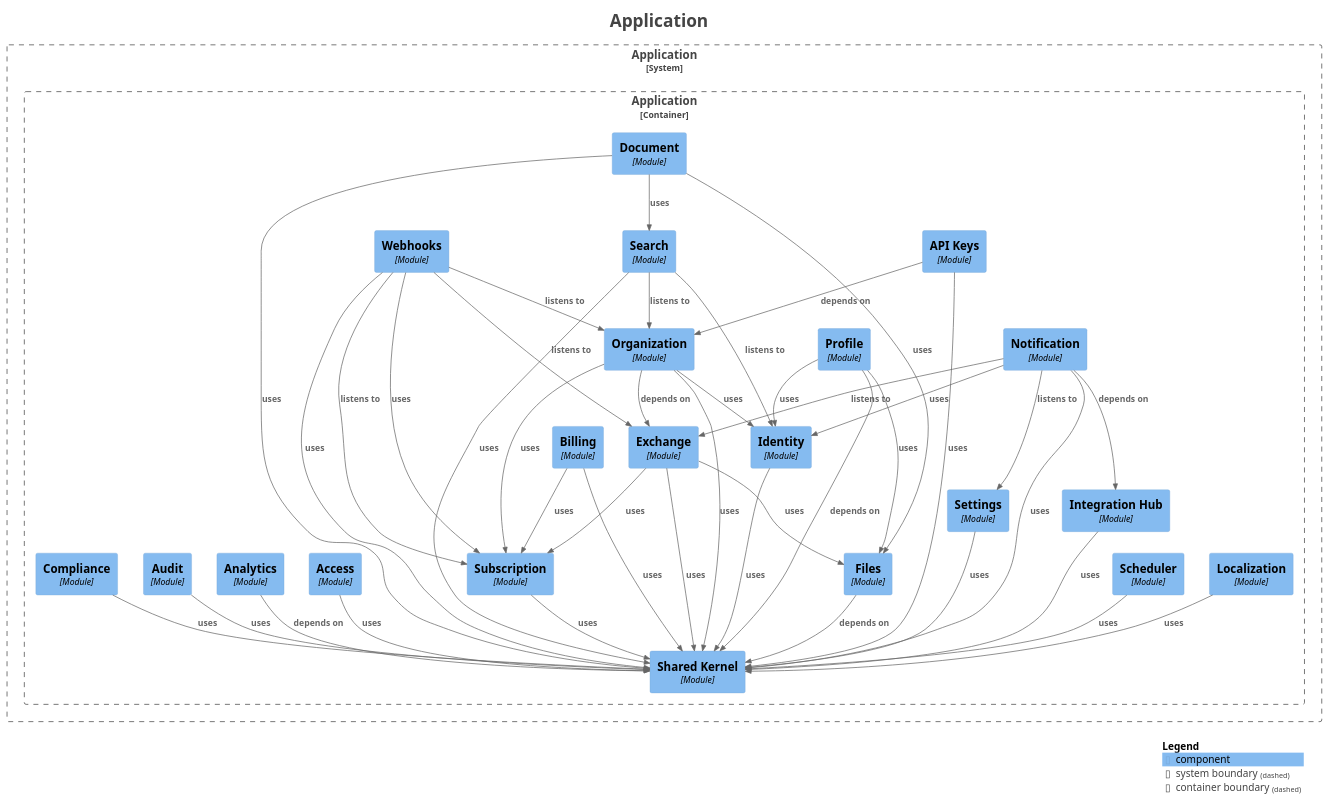
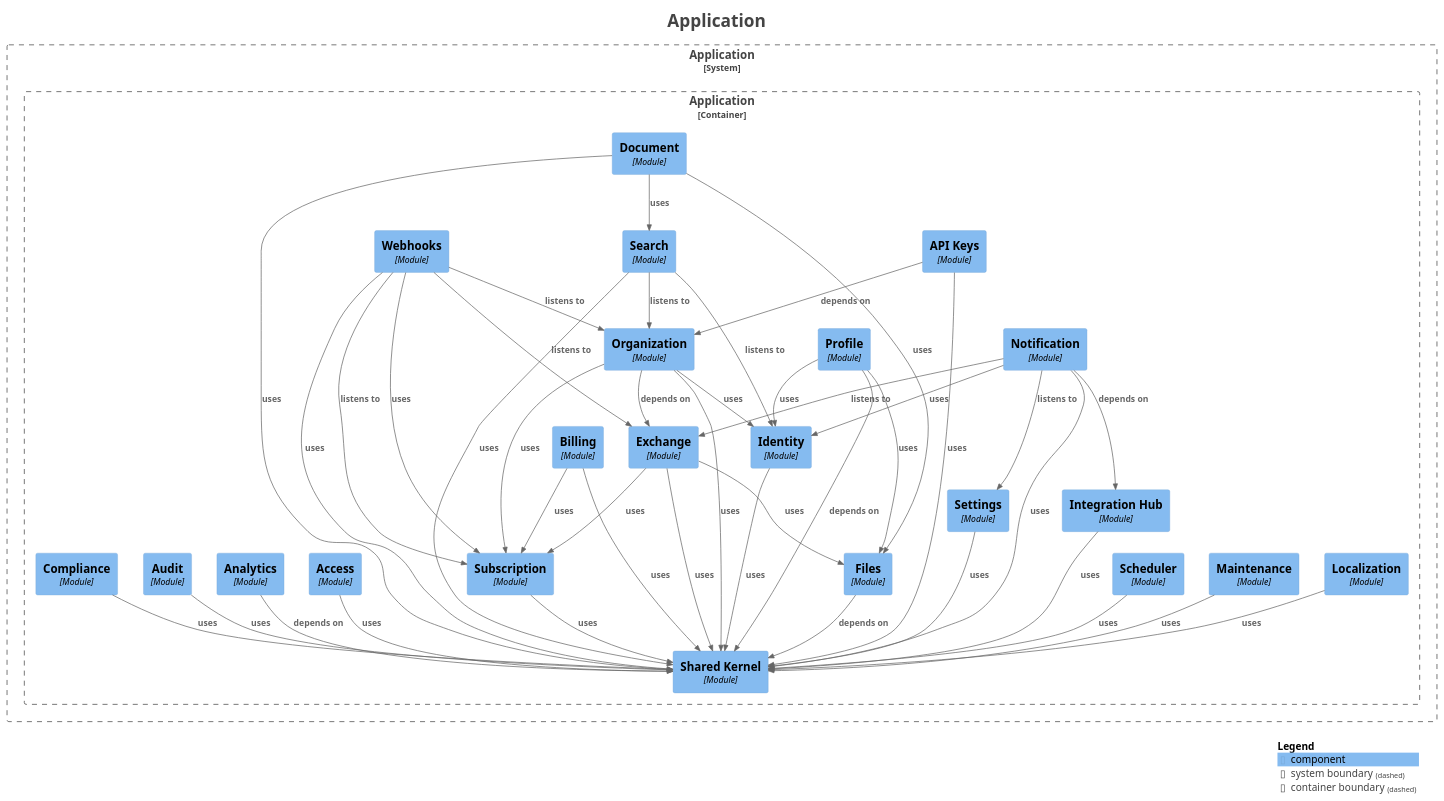
Before and after one commit to Paul-Ayesiga/enterprise-modulith-template: the diagram in docs/modulith/components.puml, drawn with PlantUML. The commit also changed 45 other files, not shown here.

```diff
--- a/docs/modulith/components.puml
+++ b/docs/modulith/components.puml
@@ -1,89 +1,91 @@
 @startuml
 title <size:24>Application</size>
 
 set separator none
 top to bottom direction
 
 <style>
   root {
     BackgroundColor: #ffffff
     FontColor: #444444
   }
 </style>
 
 !include <C4/C4>
 !include <C4/C4_Context>
 !include <C4/C4_Component>
 
 System_Boundary("Application_boundary", "Application", $tags="") {
   Container_Boundary("Application.Application_boundary", "Application", $tags="") {
     Component(Application.Application.IntegrationHub, "Integration Hub", $techn="Module", $descr="", $tags="", $link="")
     Component(Application.Application.Localization, "Localization", $techn="Module", $descr="", $tags="", $link="")
+    Component(Application.Application.Maintenance, "Maintenance", $techn="Module", $descr="", $tags="", $link="")
     Component(Application.Application.Scheduler, "Scheduler", $techn="Module", $descr="", $tags="", $link="")
     Component(Application.Application.Settings, "Settings", $techn="Module", $descr="", $tags="", $link="")
     Component(Application.Application.Subscription, "Subscription", $techn="Module", $descr="", $tags="", $link="")
     Component(Application.Application.Billing, "Billing", $techn="Module", $descr="", $tags="", $link="")
     Component(Application.Application.Exchange, "Exchange", $techn="Module", $descr="", $tags="", $link="")
     Component(Application.Application.Profile, "Profile", $techn="Module", $descr="", $tags="", $link="")
     Component(Application.Application.Notification, "Notification", $techn="Module", $descr="", $tags="", $link="")
     Component(Application.Application.Organization, "Organization", $techn="Module", $descr="", $tags="", $link="")
     Component(Application.Application.APIKeys, "API Keys", $techn="Module", $descr="", $tags="", $link="")
     Component(Application.Application.Search, "Search", $techn="Module", $descr="", $tags="", $link="")
     Component(Application.Application.Webhooks, "Webhooks", $techn="Module", $descr="", $tags="", $link="")
     Component(Application.Application.Document, "Document", $techn="Module", $descr="", $tags="", $link="")
     Component(Application.Application.SharedKernel, "Shared Kernel", $techn="Module", $descr="", $tags="", $link="")
     Component(Application.Application.Access, "Access", $techn="Module", $descr="", $tags="", $link="")
     Component(Application.Application.Analytics, "Analytics", $techn="Module", $descr="", $tags="", $link="")
     Component(Application.Application.Audit, "Audit", $techn="Module", $descr="", $tags="", $link="")
     Component(Application.Application.Compliance, "Compliance", $techn="Module", $descr="", $tags="", $link="")
     Component(Application.Application.Files, "Files", $techn="Module", $descr="", $tags="", $link="")
     Component(Application.Application.Identity, "Identity", $techn="Module", $descr="", $tags="", $link="")
   }
 
 }
 
+Rel(Application.Application.Compliance, Application.Application.SharedKernel, "uses", $techn="", $tags="", $link="")
+Rel(Application.Application.Maintenance, Application.Application.SharedKernel, "uses", $techn="", $tags="", $link="")
+Rel(Application.Application.Access, Application.Application.SharedKernel, "uses", $techn="", $tags="", $link="")
+Rel(Application.Application.Analytics, Application.Application.SharedKernel, "depends on", $techn="", $tags="", $link="")
+Rel(Application.Application.Document, Application.Application.Files, "uses", $techn="", $tags="", $link="")
+Rel(Application.Application.Document, Application.Application.Search, "uses", $techn="", $tags="", $link="")
+Rel(Application.Application.Document, Application.Application.SharedKernel, "uses", $techn="", $tags="", $link="")
+Rel(Application.Application.Audit, Application.Application.SharedKernel, "uses", $techn="", $tags="", $link="")
+Rel(Application.Application.Exchange, Application.Application.Files, "uses", $techn="", $tags="", $link="")
+Rel(Application.Application.Exchange, Application.Application.SharedKernel, "uses", $techn="", $tags="", $link="")
+Rel(Application.Application.Exchange, Application.Application.Subscription, "uses", $techn="", $tags="", $link="")
+Rel(Application.Application.Notification, Application.Application.Exchange, "listens to", $techn="", $tags="", $link="")
+Rel(Application.Application.Notification, Application.Application.Settings, "listens to", $techn="", $tags="", $link="")
+Rel(Application.Application.Notification, Application.Application.IntegrationHub, "depends on", $techn="", $tags="", $link="")
+Rel(Application.Application.Notification, Application.Application.SharedKernel, "uses", $techn="", $tags="", $link="")
+Rel(Application.Application.Notification, Application.Application.Identity, "uses", $techn="", $tags="", $link="")
+Rel(Application.Application.Settings, Application.Application.SharedKernel, "uses", $techn="", $tags="", $link="")
+Rel(Application.Application.Webhooks, Application.Application.Exchange, "listens to", $techn="", $tags="", $link="")
+Rel(Application.Application.Webhooks, Application.Application.Organization, "listens to", $techn="", $tags="", $link="")
+Rel(Application.Application.Webhooks, Application.Application.Subscription, "listens to", $techn="", $tags="", $link="")
+Rel(Application.Application.Webhooks, Application.Application.SharedKernel, "uses", $techn="", $tags="", $link="")
+Rel(Application.Application.Webhooks, Application.Application.Subscription, "uses", $techn="", $tags="", $link="")
+Rel(Application.Application.Identity, Application.Application.SharedKernel, "uses", $techn="", $tags="", $link="")
+Rel(Application.Application.Billing, Application.Application.Subscription, "uses", $techn="", $tags="", $link="")
+Rel(Application.Application.Billing, Application.Application.SharedKernel, "uses", $techn="", $tags="", $link="")
+Rel(Application.Application.APIKeys, Application.Application.Organization, "depends on", $techn="", $tags="", $link="")
+Rel(Application.Application.APIKeys, Application.Application.SharedKernel, "uses", $techn="", $tags="", $link="")
+Rel(Application.Application.Profile, Application.Application.SharedKernel, "depends on", $techn="", $tags="", $link="")
+Rel(Application.Application.Profile, Application.Application.Identity, "uses", $techn="", $tags="", $link="")
+Rel(Application.Application.Profile, Application.Application.Files, "uses", $techn="", $tags="", $link="")
+Rel(Application.Application.IntegrationHub, Application.Application.SharedKernel, "uses", $techn="", $tags="", $link="")
+Rel(Application.Application.Scheduler, Application.Application.SharedKernel, "uses", $techn="", $tags="", $link="")
+Rel(Application.Application.Files, Application.Application.SharedKernel, "depends on", $techn="", $tags="", $link="")
+Rel(Application.Application.Subscription, Application.Application.SharedKernel, "uses", $techn="", $tags="", $link="")
 Rel(Application.Application.Organization, Application.Application.Exchange, "depends on", $techn="", $tags="", $link="")
 Rel(Application.Application.Organization, Application.Application.Identity, "uses", $techn="", $tags="", $link="")
 Rel(Application.Application.Organization, Application.Application.SharedKernel, "uses", $techn="", $tags="", $link="")
 Rel(Application.Application.Organization, Application.Application.Subscription, "uses", $techn="", $tags="", $link="")
 Rel(Application.Application.Search, Application.Application.Identity, "listens to", $techn="", $tags="", $link="")
 Rel(Application.Application.Search, Application.Application.Organization, "listens to", $techn="", $tags="", $link="")
 Rel(Application.Application.Search, Application.Application.SharedKernel, "uses", $techn="", $tags="", $link="")
-Rel(Application.Application.Identity, Application.Application.SharedKernel, "uses", $techn="", $tags="", $link="")
-Rel(Application.Application.Exchange, Application.Application.Files, "uses", $techn="", $tags="", $link="")
-Rel(Application.Application.Exchange, Application.Application.SharedKernel, "uses", $techn="", $tags="", $link="")
-Rel(Application.Application.Exchange, Application.Application.Subscription, "uses", $techn="", $tags="", $link="")
-Rel(Application.Application.Scheduler, Application.Application.SharedKernel, "uses", $techn="", $tags="", $link="")
-Rel(Application.Application.Audit, Application.Application.SharedKernel, "uses", $techn="", $tags="", $link="")
-Rel(Application.Application.Notification, Application.Application.Exchange, "listens to", $techn="", $tags="", $link="")
-Rel(Application.Application.Notification, Application.Application.Settings, "listens to", $techn="", $tags="", $link="")
-Rel(Application.Application.Notification, Application.Application.IntegrationHub, "depends on", $techn="", $tags="", $link="")
-Rel(Application.Application.Notification, Application.Application.SharedKernel, "uses", $techn="", $tags="", $link="")
-Rel(Application.Application.Notification, Application.Application.Identity, "uses", $techn="", $tags="", $link="")
-Rel(Application.Application.IntegrationHub, Application.Application.SharedKernel, "uses", $techn="", $tags="", $link="")
-Rel(Application.Application.Subscription, Application.Application.SharedKernel, "uses", $techn="", $tags="", $link="")
-Rel(Application.Application.Analytics, Application.Application.SharedKernel, "depends on", $techn="", $tags="", $link="")
-Rel(Application.Application.Profile, Application.Application.SharedKernel, "depends on", $techn="", $tags="", $link="")
-Rel(Application.Application.Profile, Application.Application.Identity, "uses", $techn="", $tags="", $link="")
-Rel(Application.Application.Profile, Application.Application.Files, "uses", $techn="", $tags="", $link="")
-Rel(Application.Application.Webhooks, Application.Application.Organization, "listens to", $techn="", $tags="", $link="")
-Rel(Application.Application.Webhooks, Application.Application.Exchange, "listens to", $techn="", $tags="", $link="")
-Rel(Application.Application.Webhooks, Application.Application.Subscription, "listens to", $techn="", $tags="", $link="")
-Rel(Application.Application.Webhooks, Application.Application.SharedKernel, "uses", $techn="", $tags="", $link="")
-Rel(Application.Application.Webhooks, Application.Application.Subscription, "uses", $techn="", $tags="", $link="")
-Rel(Application.Application.APIKeys, Application.Application.Organization, "depends on", $techn="", $tags="", $link="")
-Rel(Application.Application.APIKeys, Application.Application.SharedKernel, "uses", $techn="", $tags="", $link="")
-Rel(Application.Application.Access, Application.Application.SharedKernel, "uses", $techn="", $tags="", $link="")
-Rel(Application.Application.Files, Application.Application.SharedKernel, "depends on", $techn="", $tags="", $link="")
-Rel(Application.Application.Billing, Application.Application.Subscription, "uses", $techn="", $tags="", $link="")
-Rel(Application.Application.Billing, Application.Application.SharedKernel, "uses", $techn="", $tags="", $link="")
-Rel(Application.Application.Settings, Application.Application.SharedKernel, "uses", $techn="", $tags="", $link="")
-Rel(Application.Application.Document, Application.Application.Files, "uses", $techn="", $tags="", $link="")
-Rel(Application.Application.Document, Application.Application.Search, "uses", $techn="", $tags="", $link="")
-Rel(Application.Application.Document, Application.Application.SharedKernel, "uses", $techn="", $tags="", $link="")
 Rel(Application.Application.Localization, Application.Application.SharedKernel, "uses", $techn="", $tags="", $link="")
-Rel(Application.Application.Compliance, Application.Application.SharedKernel, "uses", $techn="", $tags="", $link="")
 
 SHOW_LEGEND(true)
 hide stereotypes
 @enduml
```
